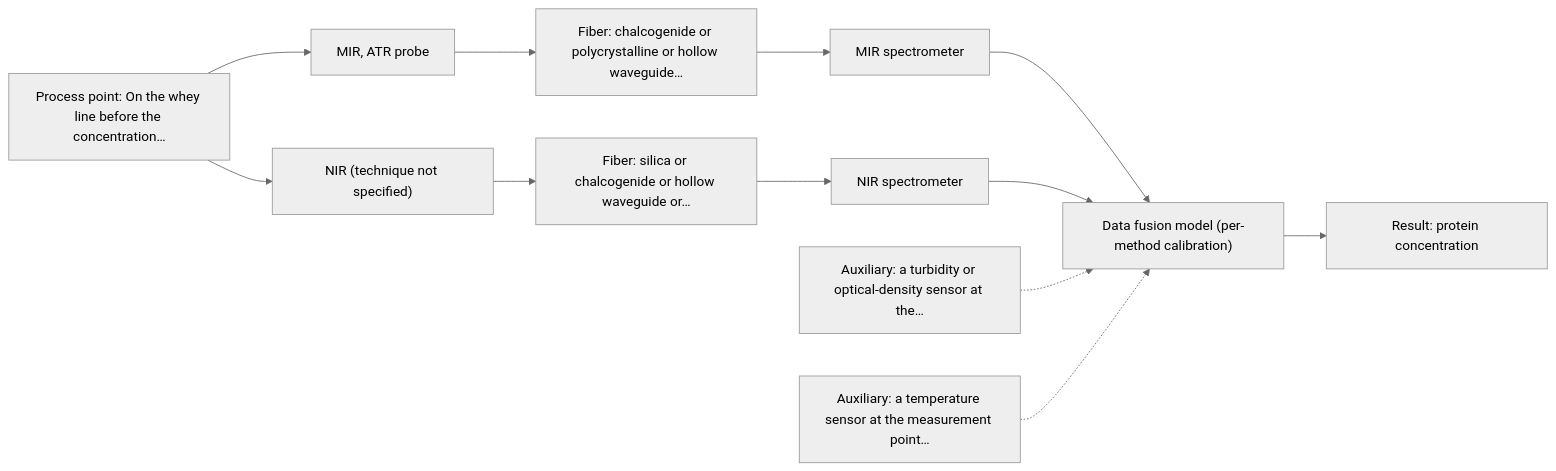
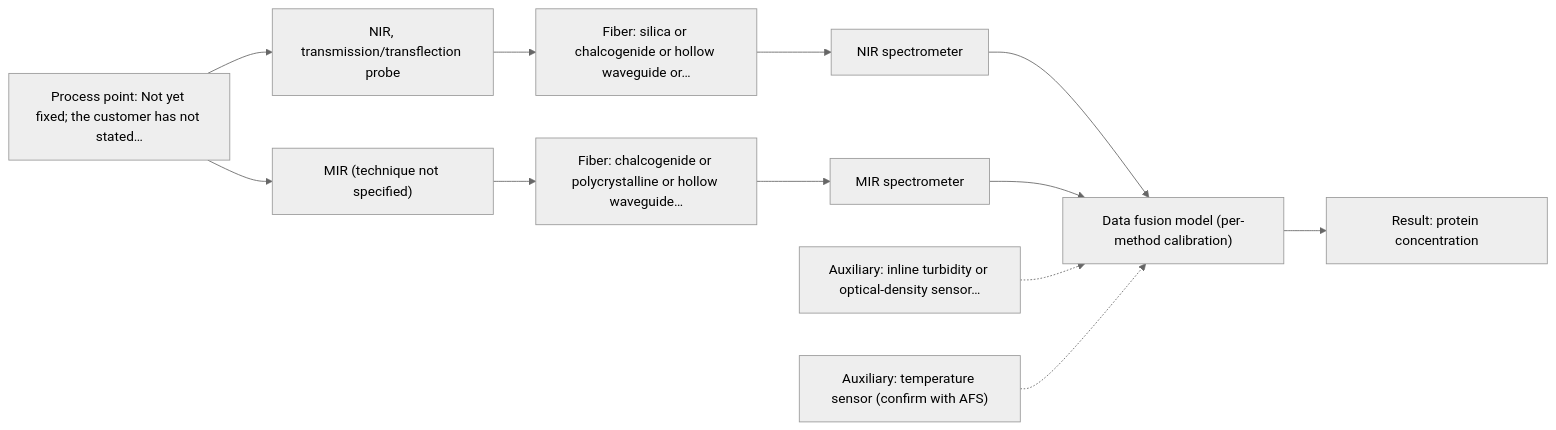
One commit to sleipnir029/Afs-Spectroscopy-Assistant changed the second of 2 diagrams in outputs/dev/D03.md. Above: the diagram before and after it, drawn with Mermaid (neutral theme). The commit also changed other lines of this file and 41 other files, not shown here.

````diff
--- a/outputs/dev/D03.md
+++ b/outputs/dev/D03.md
@@ -89,25 +99,25 @@
 ```mermaid
 flowchart LR
-    proc["Process point: On the whey line before the concentration…"]
-    probe1["MIR, ATR probe"]
-    fiber1["Fiber: chalcogenide or polycrystalline or hollow waveguide…"]
-    spec1["MIR spectrometer"]
-    probe2["NIR (technique not specified)"]
-    fiber2["Fiber: silica or chalcogenide or hollow waveguide or…"]
-    spec2["NIR spectrometer"]
+    proc["Process point: Not yet fixed; the customer has not stated…"]
+    probe1["NIR, transmission/transflection probe"]
+    fiber1["Fiber: silica or chalcogenide or hollow waveguide or…"]
+    spec1["NIR spectrometer"]
+    probe2["MIR (technique not specified)"]
+    fiber2["Fiber: chalcogenide or polycrystalline or hollow waveguide…"]
+    spec2["MIR spectrometer"]
     model["Data fusion model (per-method calibration)"]
     result["Result: protein concentration"]
-    aux1["Auxiliary: a turbidity or optical-density sensor at the…"]
-    aux2["Auxiliary: a temperature sensor at the measurement point…"]
+    aux1["Auxiliary: inline turbidity or optical-density sensor…"]
+    aux2["Auxiliary: temperature sensor (confirm with AFS)"]
     proc --> probe1
     probe1 --> fiber1
     fiber1 --> spec1
     spec1 --> model
     proc --> probe2
     probe2 --> fiber2
     fiber2 --> spec2
     spec2 --> model
     model --> result
     aux1 -.-> model
     aux2 -.-> model
 ```
````
